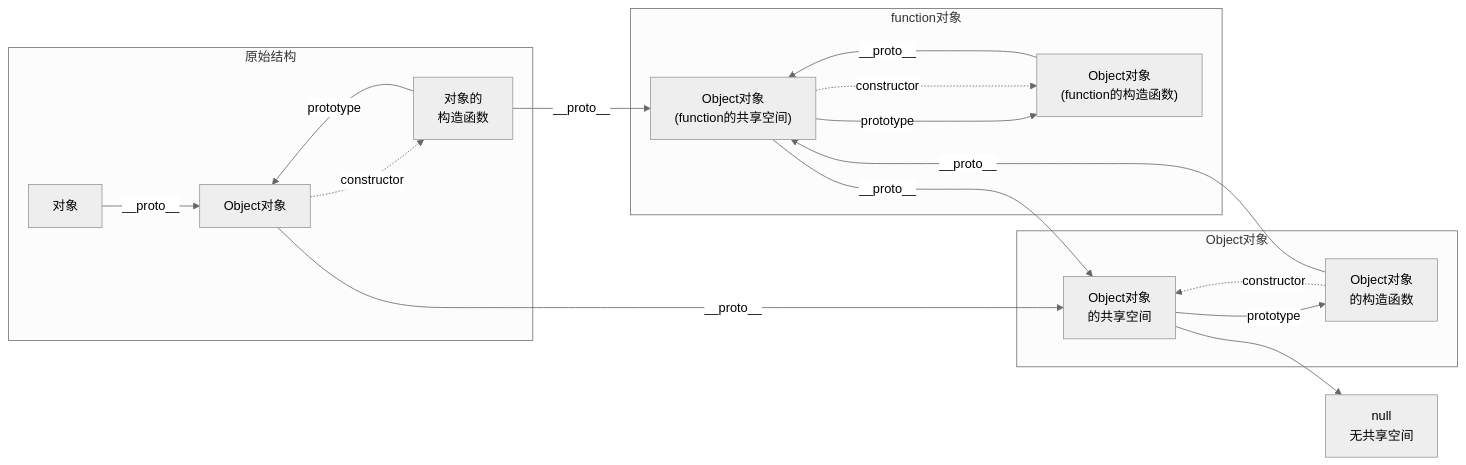
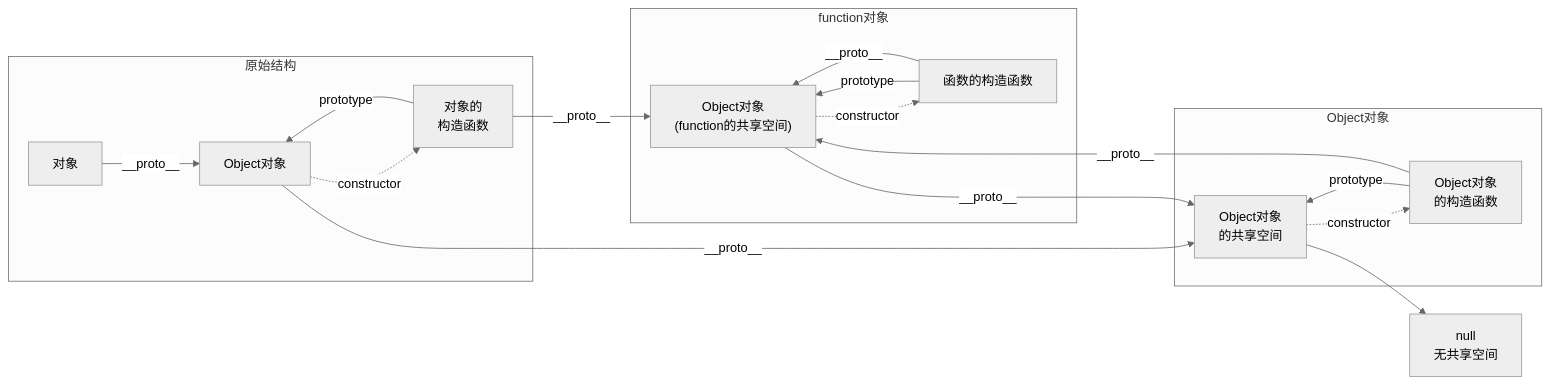
The ninth of 9 diagrams in docs/02.实用知识库/01.JavaScript 知识篇/04.原型与原型链.md (scriptscat/tampermonkey-learn-guide), drawn with Mermaid (neutral theme) before and after one commit. The commit also changed other lines of this file and 11 other files, not shown here.

`````diff
--- a/docs/02.实用知识库/01.JavaScript 知识篇/04.原型与原型链.md
+++ b/docs/02.实用知识库/01.JavaScript 知识篇/04.原型与原型链.md
@@ -249,24 +252,24 @@
 ```mermaid
 flowchart LR
     subgraph 原始结构
     A[对象] -->|__proto__| B[Object对象]
     C[对象的\n构造函数] --> |prototype|B
     B-.->|constructor|C
     end
-    
     subgraph Object对象
     B-->|__proto__|D[Object对象\n的共享空间]
-    D-->|prototype|E[Object对象\n的构造函数]
-    E-.->|constructor|D
+    D-.->|constructor|E[Object对象\n的构造函数]
+    E-->|prototype|D
     end
     D-->F[null\n无共享空间]
+
     subgraph function对象
     C-->|__proto__|G["Object对象\n(function的共享空间)"]
-    G-->|prototype|H["Object对象\n(function的构造函数)"]
-    G-.->|constructor|H
+    G-.->|constructor|H["函数的构造函数"]
+    H-->|prototype|G
+    H-->|__proto__|G
     end
 
     G--->|__proto__|D
-    H--->|__proto__|G
     E--->|__proto__|G
-```
+````
`````
